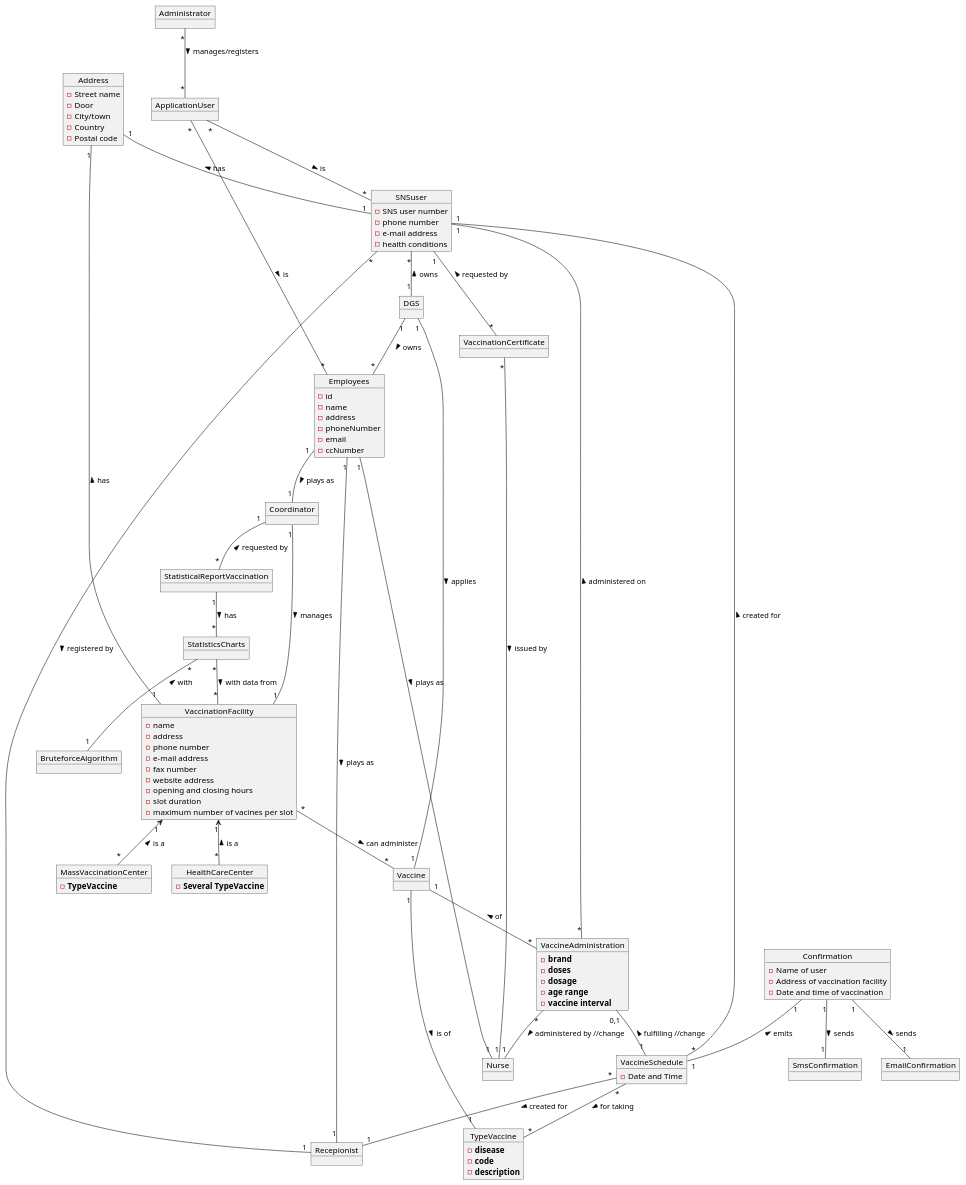
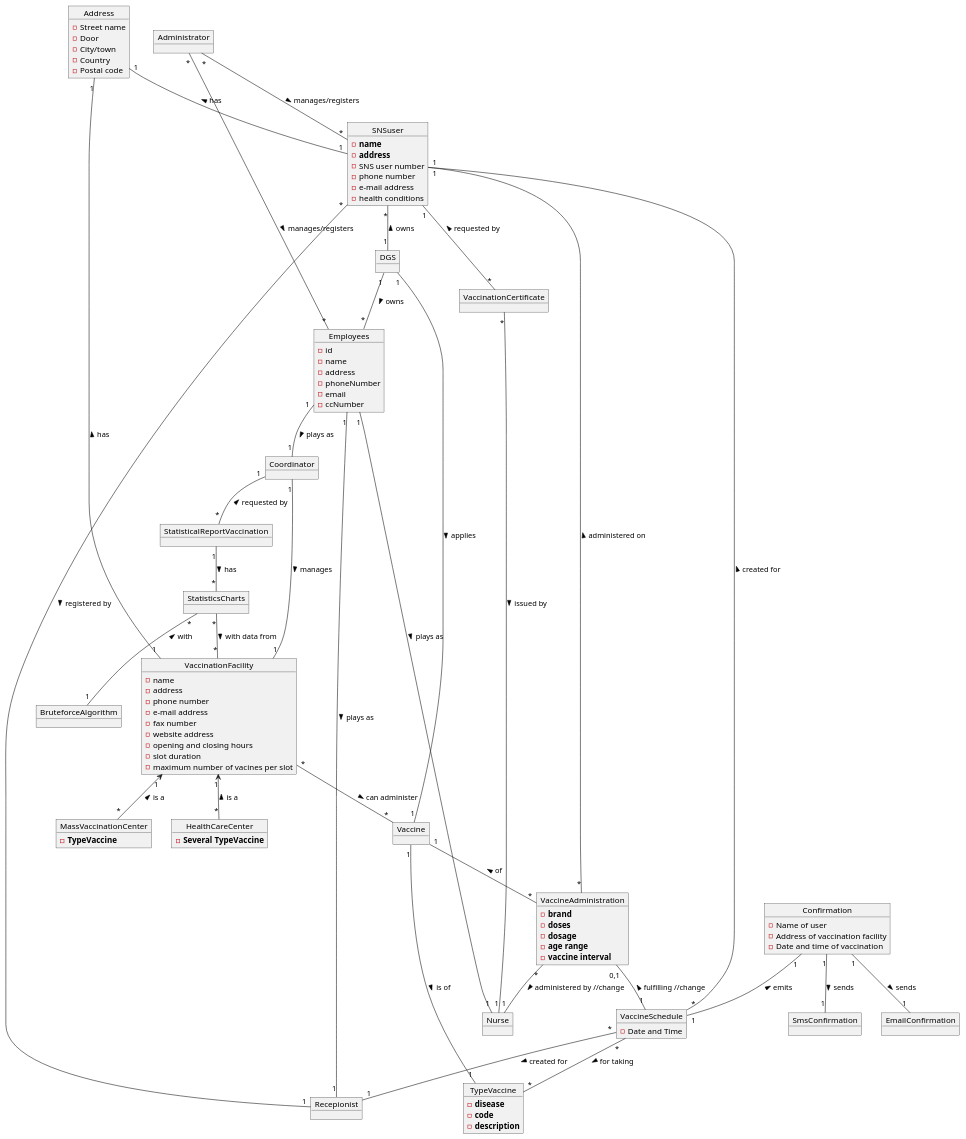
One commit to osnilas/SNSsystem changed the diagram in docs/SprintC/DM.puml. Above: the diagram before and after it, drawn with PlantUML. The commit also changed 11 other files, not shown here.

```diff
--- a/docs/SprintC/DM.puml
+++ b/docs/SprintC/DM.puml
@@ -1,113 +1,114 @@
 @startuml
 'https://plantuml.com/object-diagram
 
 object SNSuser{
+-**name**
+-**address**
 -SNS user number
 -phone number
 -e-mail address
 -health conditions
 }
 object DGS
 object Administrator
 object Coordinator
 object Nurse
 object Recepionist
 object VaccinationFacility{
 -name
 -address
 -phone number
 -e-mail address
 -fax number
 -website address
 -opening and closing hours
 -slot duration
 -maximum number of vacines per slot
 }
 object StatisticalReportVaccination
 object MassVaccinationCenter{
 -**TypeVaccine**
 }
 object HealthCareCenter{
 -**Several TypeVaccine**
 }
 object TypeVaccine{
 -**disease**
 -**code**
 -**description**
 }
 
 object Vaccine
 
 object VaccineSchedule{
 -Date and Time
 }
 object VaccinationCertificate
 object VaccineAdministration {
 -**brand**
 -**doses**
 -**dosage**
 -**age range**
 -**vaccine interval**
 }
 object Confirmation{
 -Name of user
 -Address of vaccination facility
 -Date and time of vaccination
 }
 object SmsConfirmation
 object EmailConfirmation
 object Employees{
 -id
 -name
 -address
 -phoneNumber
 -email
 -ccNumber
 }
 object StatisticsCharts
 object BruteforceAlgorithm
-object ApplicationUser
 object Address{
 -Street name
 -Door
 -City/town
 -Country
 -Postal code
 }
 
-ApplicationUser"*" -- "*"Employees: > is
-ApplicationUser"*" -- "*"SNSuser: > is
-Administrator"*" -- "*" ApplicationUser: > manages/registers
+
+Administrator"*" -- "*" Employees: > manages/registers
+Administrator"*" -- "*" SNSuser: > manages/registers
 SNSuser"*"--"1" DGS : < owns
 DGS"1" -- "*"Employees : > owns
 DGS "1"--"1" Vaccine : > applies
 Employees"1"--"1" Recepionist: > plays as
 Employees"1"--"1" Nurse: > plays as
 Employees"1"--"1" Coordinator: > plays as
 Address"1"--"1" VaccinationFacility: < has
 Address"1"--"1" SNSuser: < has
 SNSuser "1"--"*" VaccinationCertificate: < requested by
 Coordinator"1" --"1" VaccinationFacility: > manages
 VaccinationFacility"1"<--"*" MassVaccinationCenter: < is a
 
 VaccinationFacility"1"<--"*" HealthCareCenter: < is a
 Coordinator"1" -- "*"StatisticalReportVaccination: < requested by
 StatisticalReportVaccination"1" -- "*"StatisticsCharts: > has
 StatisticsCharts"*" -- "1"BruteforceAlgorithm: < with
 StatisticsCharts"*" -- "*"VaccinationFacility: > with data from
 VaccinationFacility "*"--"*" Vaccine: > can administer
 VaccineSchedule"*" -- "1"SNSuser: > created for
 VaccineSchedule"*" -- "1"Recepionist: > created for
 VaccineAdministration"*" -- "1"Nurse: > administered by //change
 Vaccine"1" -- "*"VaccineAdministration: < of
 Recepionist"1" -- "*"SNSuser: < registered by
 VaccineAdministration"*" -- "1"SNSuser: > administered on
 VaccineAdministration"0,1" -- "1"VaccineSchedule: < fulfilling //change
 VaccinationCertificate"*" -- "1"Nurse: > issued by
 Confirmation"1" -- "1"VaccineSchedule: < emits
 Confirmation"1" -- "1"SmsConfirmation:> sends
 Confirmation "1"--"1" EmailConfirmation: > sends
 VaccineSchedule"*" -- "*"TypeVaccine:> for taking
 Vaccine"1" --"1" TypeVaccine:> is of
 
 @enduml
```
